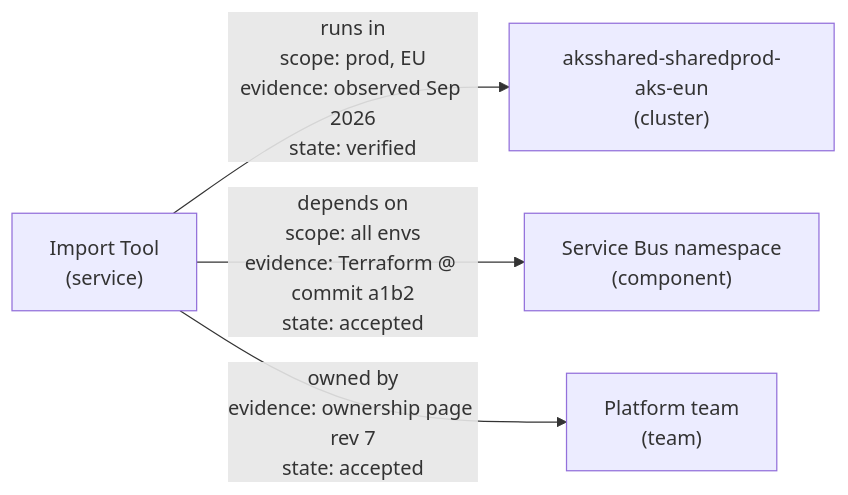
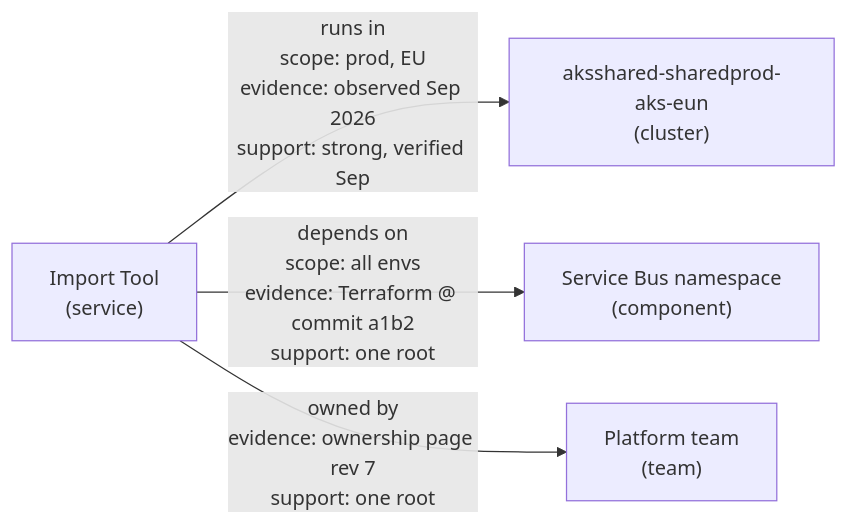
The second of 9 diagrams in docs/planning/05-how-froodbase-works.md (rztaylor/Froodbase), drawn with Mermaid before and after one commit. The commit also changed other lines of this file and 14 other files, not shown here.

````diff
--- a/docs/planning/05-how-froodbase-works.md
+++ b/docs/planning/05-how-froodbase-works.md
@@ -69,11 +70,11 @@
 ```mermaid
 flowchart LR
     IT["Import Tool<br/>(service)"]
     AKS["aksshared-sharedprod-aks-eun<br/>(cluster)"]
     SB["Service Bus namespace<br/>(component)"]
     PT["Platform team<br/>(team)"]
 
-    IT -- "runs in<br/>scope: prod, EU<br/>evidence: observed Sep 2026<br/>state: verified" --> AKS
-    IT -- "depends on<br/>scope: all envs<br/>evidence: Terraform @ commit a1b2<br/>state: accepted" --> SB
-    IT -- "owned by<br/>evidence: ownership page rev 7<br/>state: accepted" --> PT
+    IT -- "runs in<br/>scope: prod, EU<br/>evidence: observed Sep 2026<br/>support: strong, verified Sep" --> AKS
+    IT -- "depends on<br/>scope: all envs<br/>evidence: Terraform @ commit a1b2<br/>support: one root" --> SB
+    IT -- "owned by<br/>evidence: ownership page rev 7<br/>support: one root" --> PT
 ```
````
